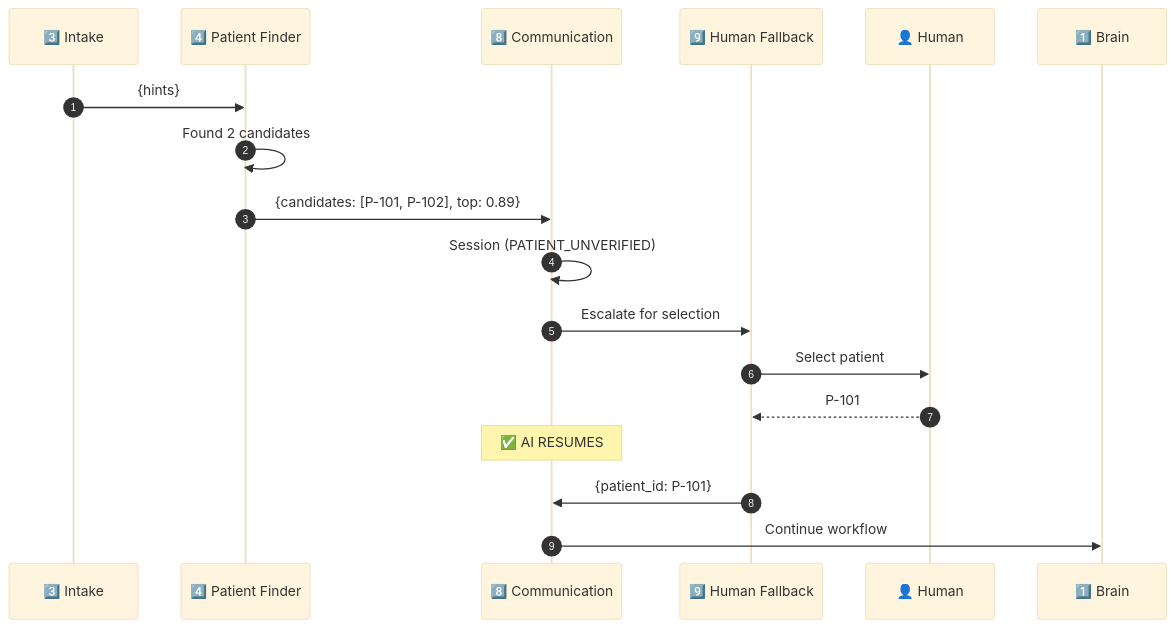
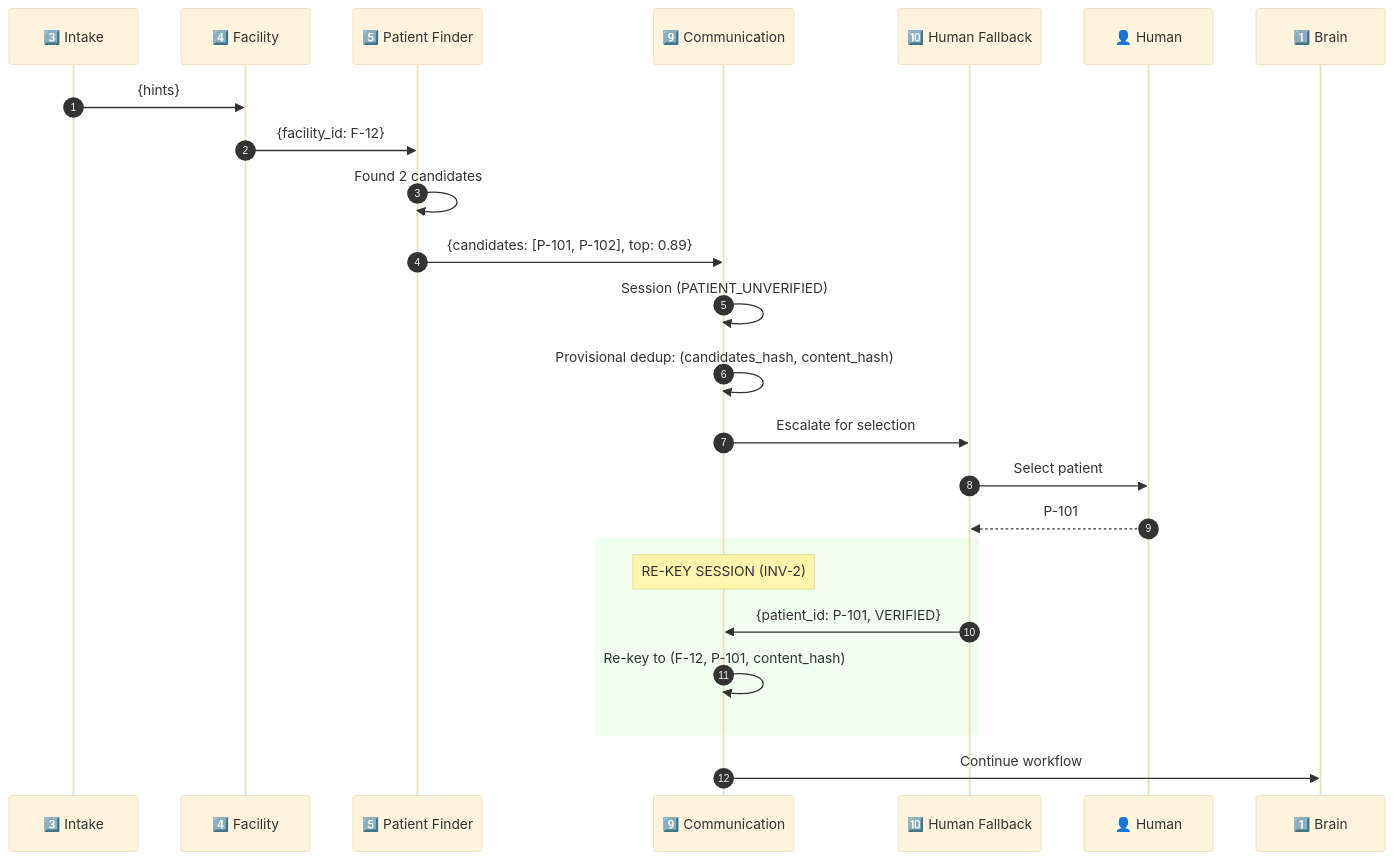
Diagram 14 of 16 in all.md (mohabnazmy/test), drawn with Mermaid (base theme) before and after one commit. The commit also changed other lines of this file, not shown here.

````diff
--- a/all.md
+++ b/all.md
@@ -756,24 +801,31 @@
 ```mermaid
 sequenceDiagram
     autonumber
     participant I as 3️⃣ Intake
-    participant PF as 4️⃣ Patient Finder
-    participant C as 8️⃣ Communication
-    participant HF as 9️⃣ Human Fallback
+    participant FF as 4️⃣ Facility
+    participant PF as 5️⃣ Patient Finder
+    participant C as 9️⃣ Communication
+    participant HF as 🔟 Human Fallback
     participant H as 👤 Human
     participant B as 1️⃣ Brain
     
-    I->>PF: {hints}
+    I->>FF: {hints}
+    FF->>PF: {facility_id: F-12}
     PF->>PF: Found 2 candidates
     PF->>C: {candidates: [P-101, P-102], top: 0.89}
     
     C->>C: Session (PATIENT_UNVERIFIED)
+    C->>C: Provisional dedup: (candidates_hash, content_hash)
     C->>HF: Escalate for selection
     
     HF->>H: Select patient
     H-->>HF: P-101
     
-    Note over C: ✅ AI RESUMES
-    HF->>C: {patient_id: P-101}
+    rect rgb(240, 255, 240)
+        Note over C: RE-KEY SESSION (INV-2)
+        HF->>C: {patient_id: P-101, VERIFIED}
+        C->>C: Re-key to (F-12, P-101, content_hash)
+    end
+    
     C->>B: Continue workflow
 ```
````
